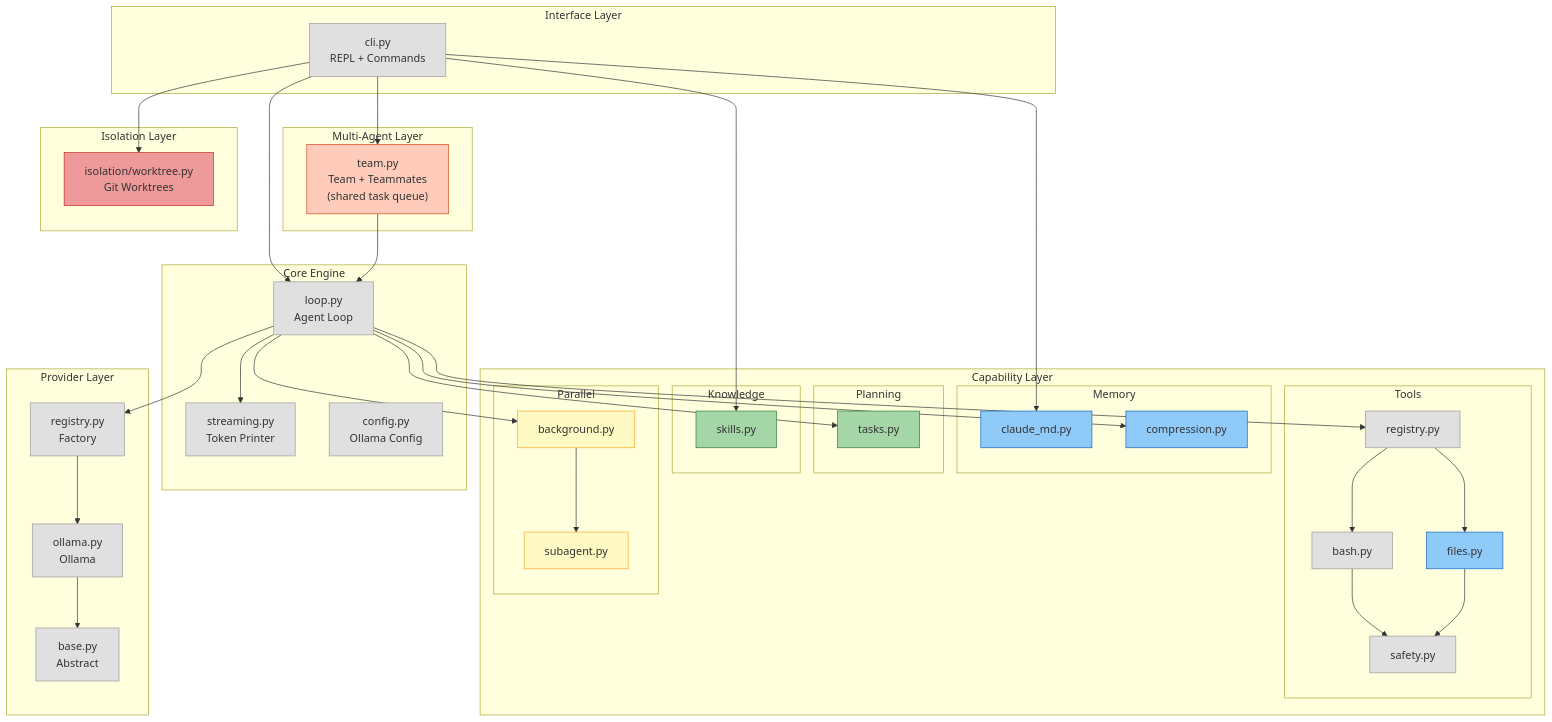
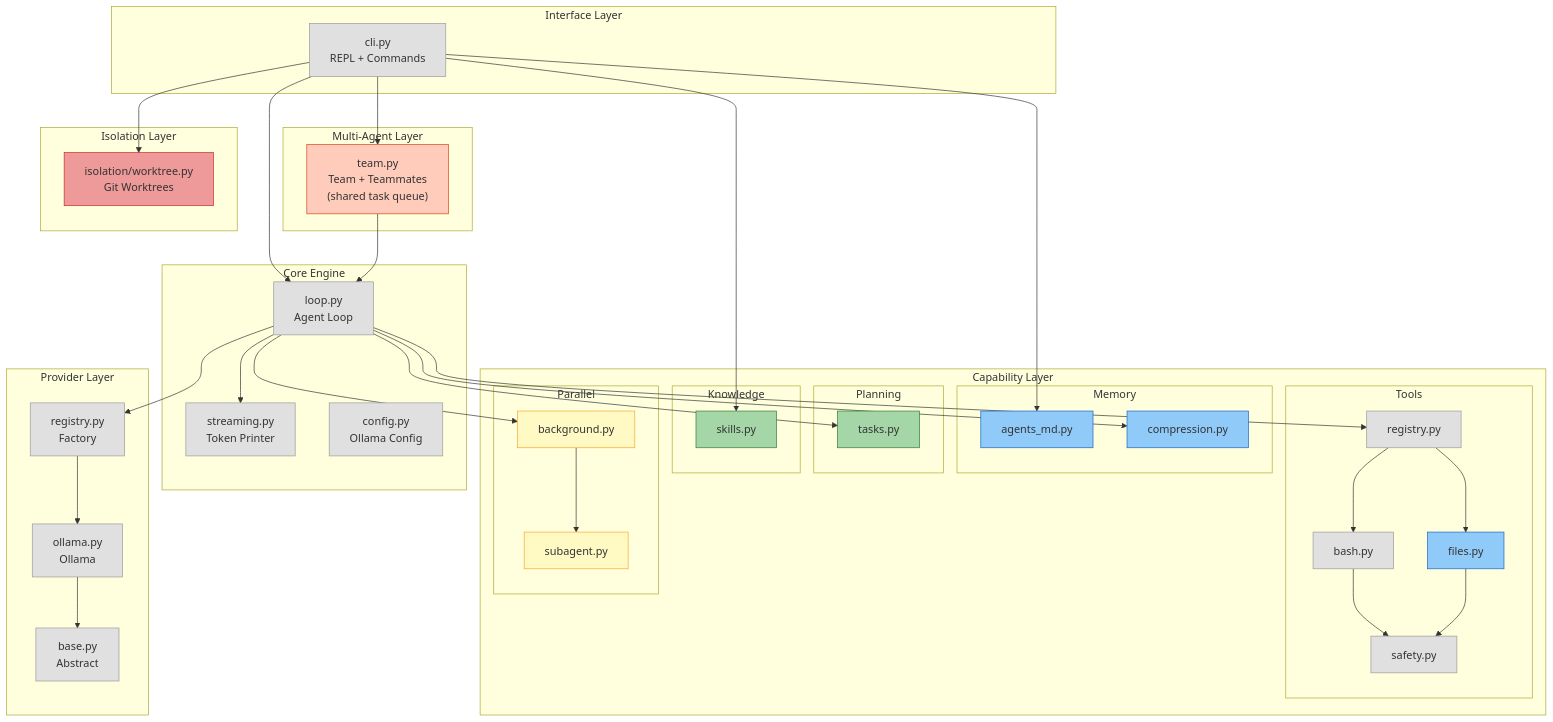
One commit to khushpanchal/AI-Coding-Agent-From-Scratch changed the first of 14 diagrams in ARCHITECTURE.md. Above: the diagram before and after it, drawn with Mermaid. The commit also changed other lines of this file, not shown here.

Commit message:
Align ARCHITECTURE with the AGENTS.md naming
The architecture document still referred to CLAUDE.md, claude_md.py and
a ClaudeMD node in the diagrams, contradicting the rest of the repo.

```diff
--- a/ARCHITECTURE.md
+++ b/ARCHITECTURE.md
@@ -26,7 +26,7 @@
             TReg["registry.py"]
         end
         subgraph MemoryGroup["Memory"]
-            ClaudeMD["claude_md.py"]
+            AgentsMD["agents_md.py"]
             Compress["compression.py"]
         end
         subgraph PlanGroup["Planning"]
@@ -66,7 +66,7 @@
     Loop --> Tasks
     Loop --> BG
     BG --> Sub
-    CLI --> ClaudeMD
+    CLI --> AgentsMD
     CLI --> Skills
     CLI --> Team
     CLI --> WT
@@ -84,7 +84,7 @@
 
     class CLI,Config,Stream,Base,Ollama,PReg phase12
     class Loop,Bash,Safety,TReg phase12
-    class Files,ClaudeMD,Compress phase34
+    class Files,AgentsMD,Compress phase34
     class Tasks,Skills phase56
     class Sub,BG phase78
     class Team phase910
```
